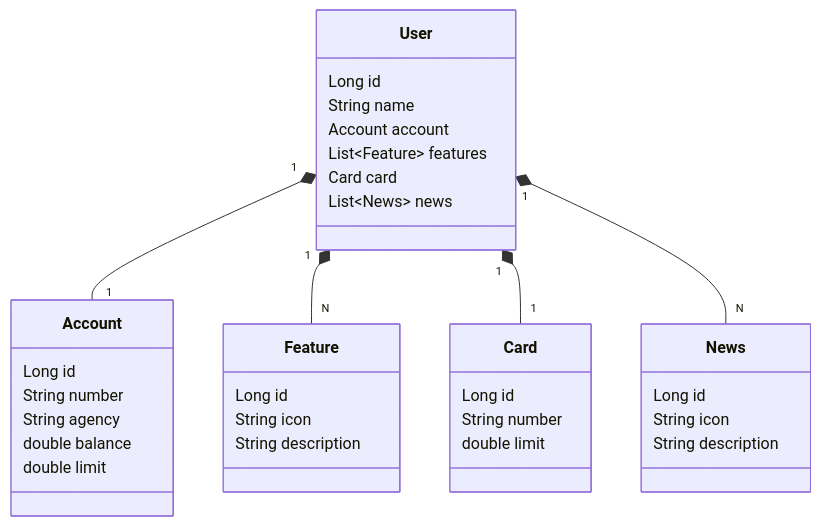
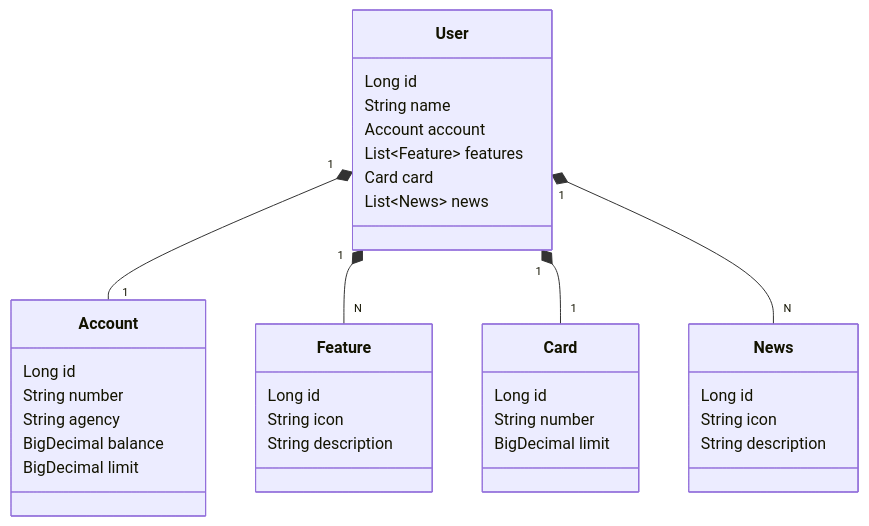
Before and after one commit to lgjor/santander-dev-week-2023: the diagram in README.md, drawn with Mermaid.

````diff
--- a/README.md
+++ b/README.md
@@ -7,43 +7,43 @@
 ``` mermaid
 classDiagram
     class User {
         Long id
         String name
         Account account
         List~Feature~ features
         Card card
         List~News~ news
     }
 
     class Account {
         Long id
         String number
         String agency
-        double balance
-        double limit
+        BigDecimal balance
+        BigDecimal limit
     }
 
     class Feature {
         Long id
         String icon
         String description
     }
 
     class Card {
         Long id
         String number
-        double limit
+        BigDecimal limit
     }
 
     class News {
         Long id
         String icon
         String description
     }
 
     User "1" *-- "1" Account
     User "1" *-- "N" Feature
     User "1" *-- "1" Card
     User "1" *-- "N" News
 
 ```
````
